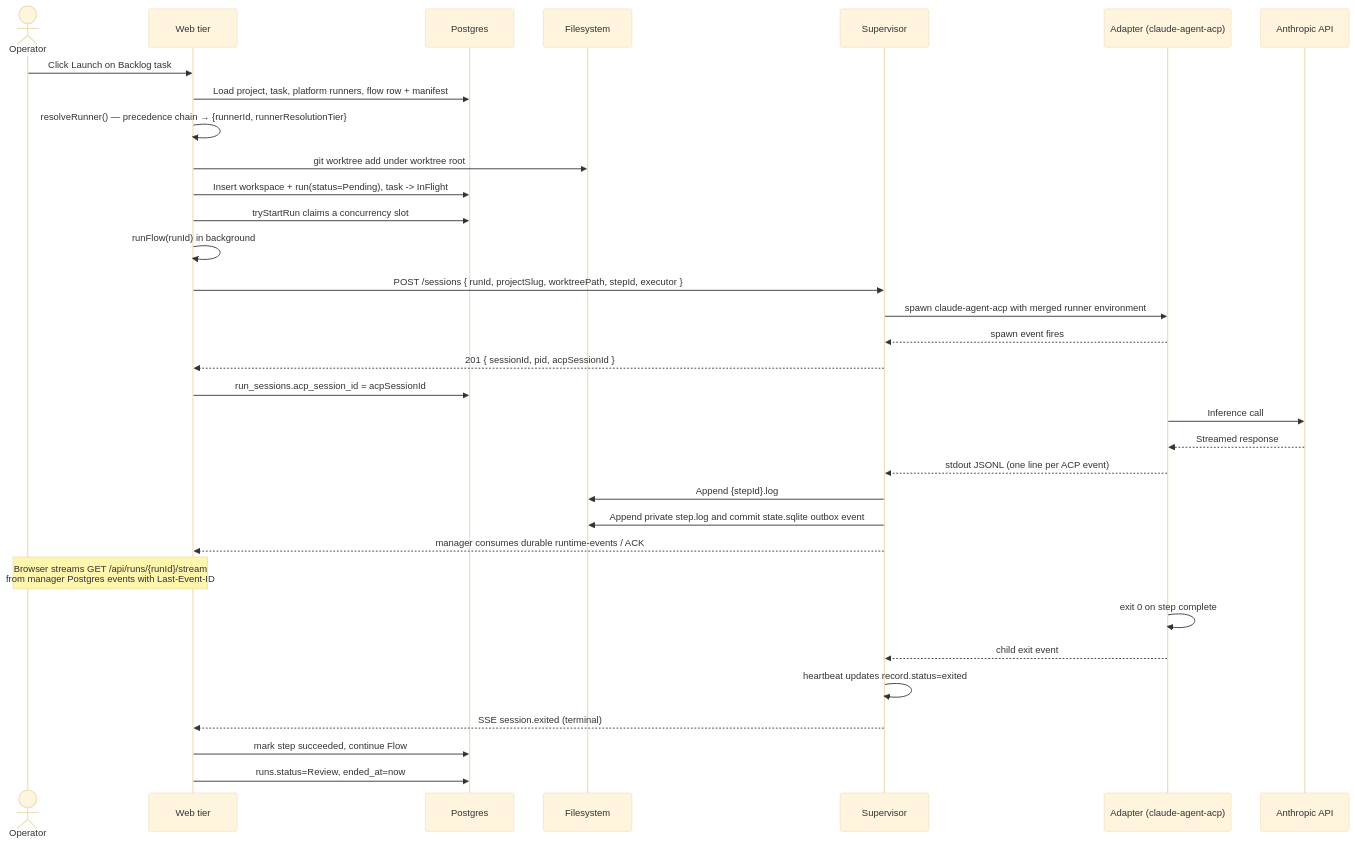
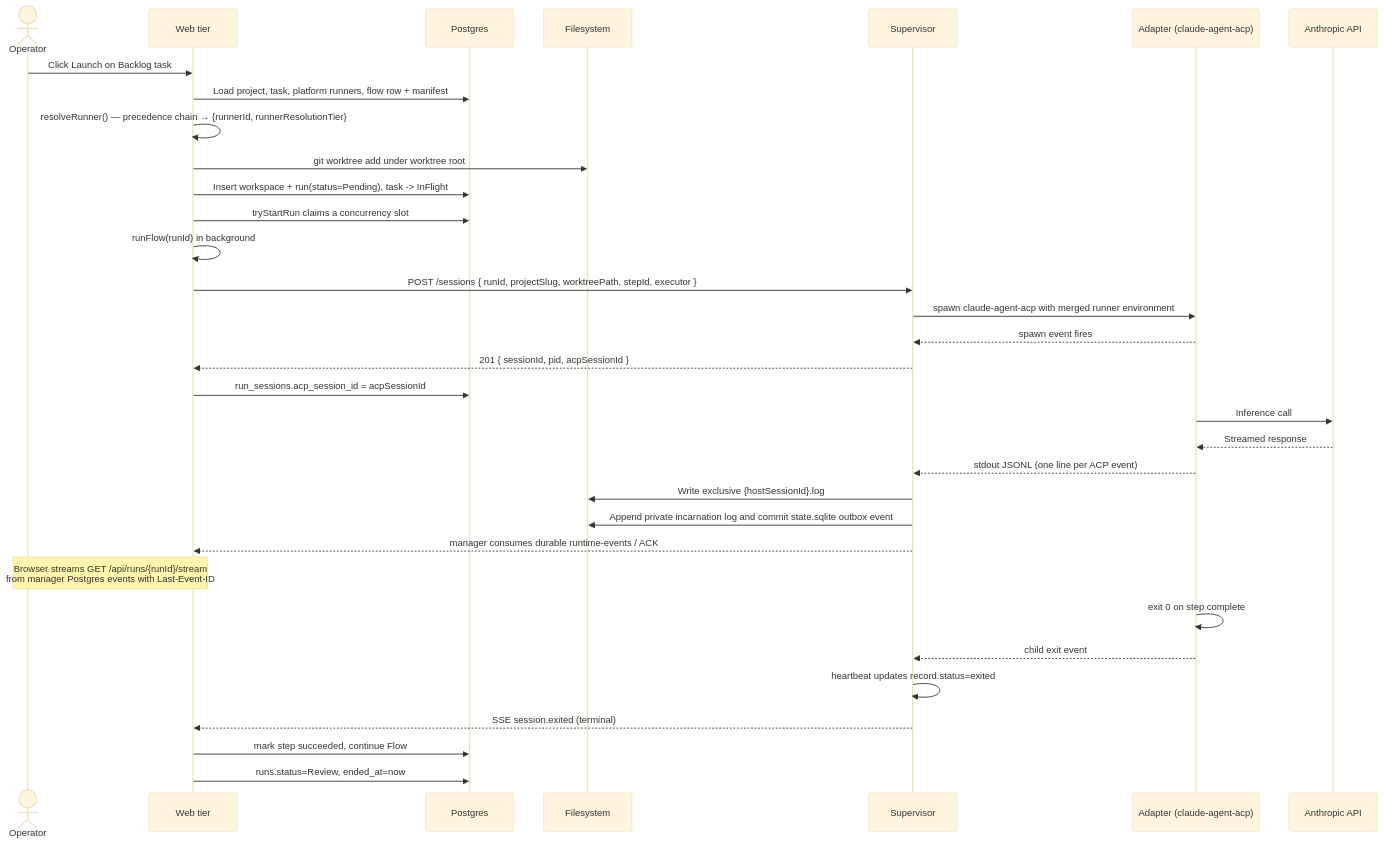
Before and after one commit to maister-dev/maister: the fifth of 7 diagrams in docs/architecture.md, drawn with Mermaid (base theme). The commit also changed other lines of this file and 19 other files, not shown here.

````diff
--- a/docs/architecture.md
+++ b/docs/architecture.md
@@ -331,39 +331,39 @@
 ```mermaid
 sequenceDiagram
     actor U as Operator
     participant W as Web tier
     participant DB as Postgres
     participant FS as Filesystem
     participant S as Supervisor
     participant A as Adapter (claude-agent-acp)
     participant LLM as Anthropic API
 
     U->>W: Click Launch on Backlog task
     W->>DB: Load project, task, platform runners, flow row + manifest
     W->>W: resolveRunner() — precedence chain → {runnerId, runnerResolutionTier}
     W->>FS: git worktree add under worktree root
     W->>DB: Insert workspace + run(status=Pending), task -> InFlight
     W->>DB: tryStartRun claims a concurrency slot
     W->>W: runFlow(runId) in background
     W->>S: POST /sessions { runId, projectSlug, worktreePath, stepId, executor }
     S->>A: spawn claude-agent-acp with merged runner environment
     A-->>S: spawn event fires
     S-->>W: 201 { sessionId, pid, acpSessionId }
     W->>DB: run_sessions.acp_session_id = acpSessionId
 
     A->>LLM: Inference call
     LLM-->>A: Streamed response
     A-->>S: stdout JSONL (one line per ACP event)
-    S->>FS: Append {stepId}.log
-    S->>FS: Append private step.log and commit state.sqlite outbox event
+    S->>FS: Write exclusive {hostSessionId}.log
+    S->>FS: Append private incarnation log and commit state.sqlite outbox event
     S-->>W: manager consumes durable runtime-events / ACK
 
     Note over U,W: Browser streams GET /api/runs/{runId}/stream<br/>from manager Postgres events with Last-Event-ID
 
     A->>A: exit 0 on step complete
     A-->>S: child exit event
     S->>S: heartbeat updates record.status=exited
     S-->>W: SSE session.exited (terminal)
     W->>DB: mark step succeeded, continue Flow
     W->>DB: runs.status=Review, ended_at=now
 ```
````
